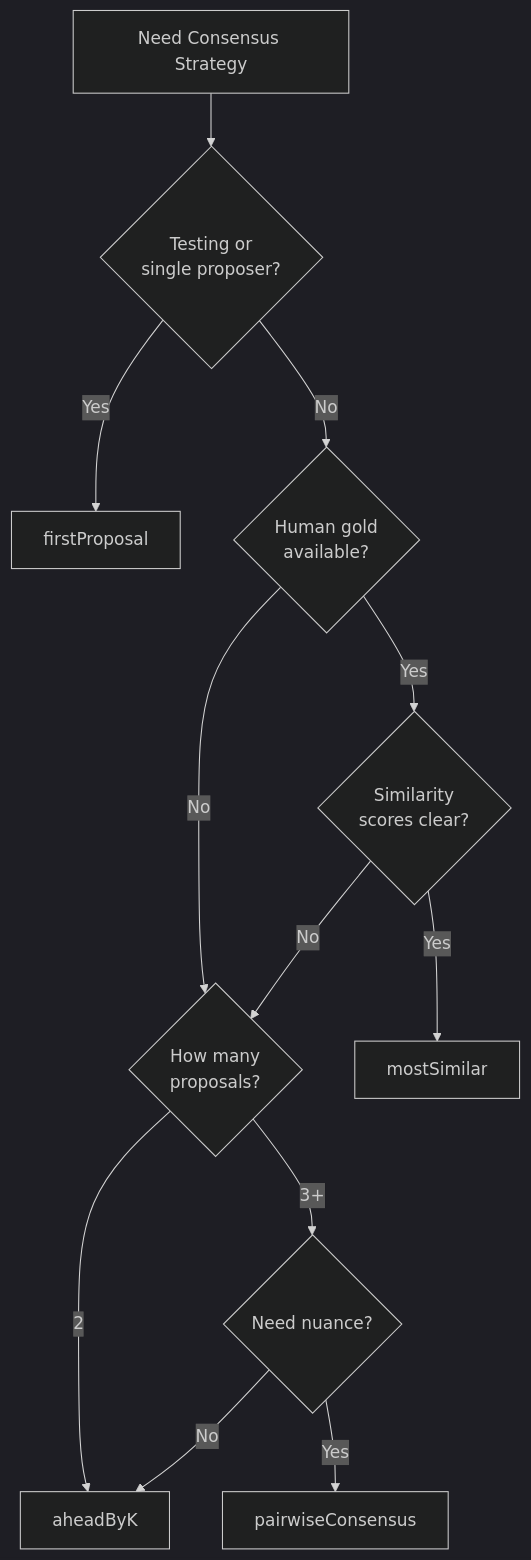
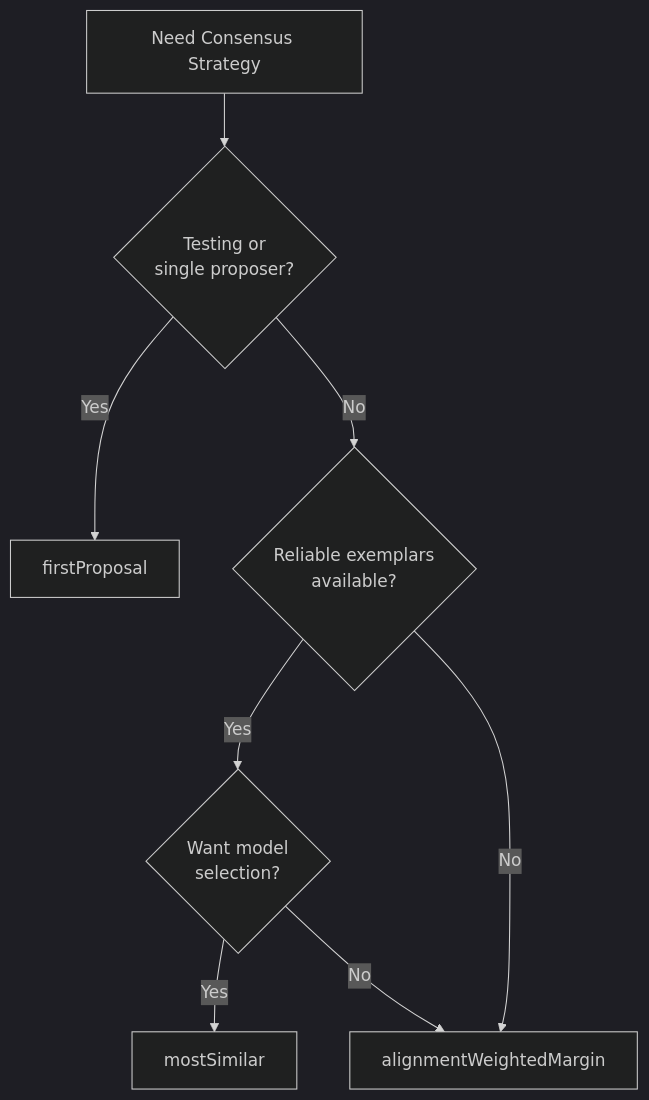
One commit to eloquentanalytics/dialai changed the diagram in website/docs/concepts/consensus-strategies.md. Above: the diagram before and after it, drawn with Mermaid (dark theme). The commit also changed other lines of this file and 26 other files, not shown here.

````diff
--- a/website/docs/concepts/consensus-strategies.md
+++ b/website/docs/concepts/consensus-strategies.md
@@ -362,14 +311,10 @@
 ```mermaid
 graph TD
     A[Need Consensus Strategy] --> B{Testing or<br/>single proposer?}
     B -->|Yes| C[firstProposal]
-    B -->|No| D{Human gold<br/>available?}
-    D -->|Yes| E{Similarity<br/>scores clear?}
-    D -->|No| F{How many<br/>proposals?}
+    B -->|No| D{Reliable exemplars<br/>available?}
+    D -->|Yes| E{Want model<br/>selection?}
+    D -->|No| F[alignmentWeightedMargin]
     E -->|Yes| G[mostSimilar]
     E -->|No| F
-    F -->|2| H[aheadByK]
-    F -->|3+| I{Need nuance?}
-    I -->|Yes| J[pairwiseConsensus]
-    I -->|No| H
 ```
````
